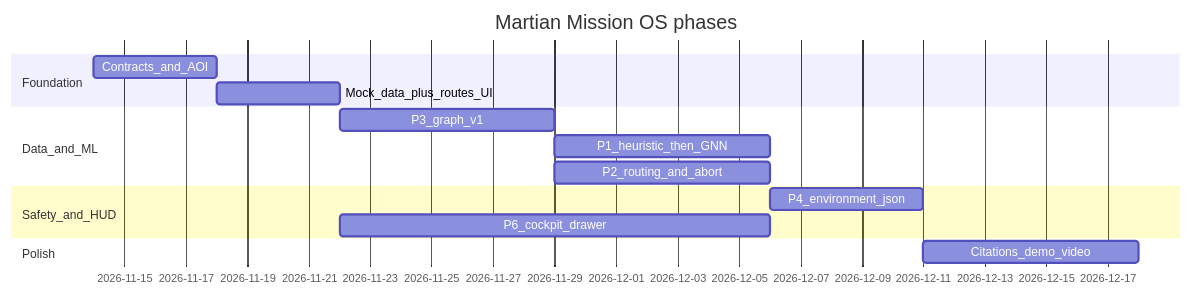
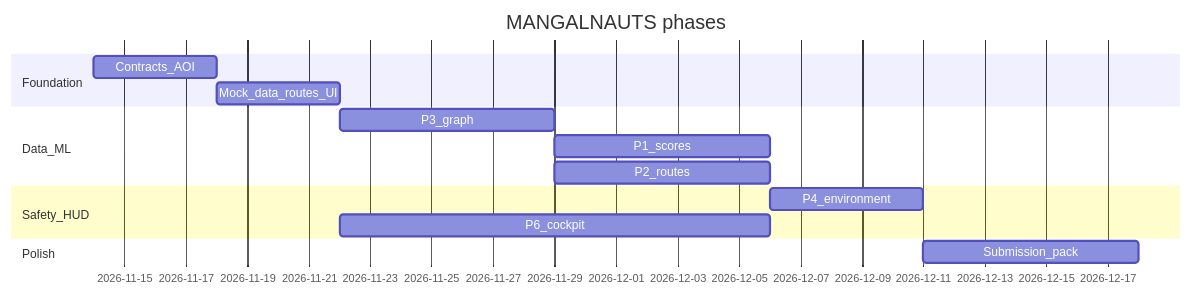
One commit to parthkarpe5-cmyk/MANGALNAUTS changed the second of 2 diagrams in plan.md. Above: the diagram before and after it, drawn with Mermaid. The commit also changed other lines of this file, not shown here.

````diff
--- a/plan.md
+++ b/plan.md
@@ -225,17 +254,17 @@
 ```mermaid
 gantt
-  title Martian Mission OS phases
+  title MANGALNAUTS phases
   dateFormat YYYY-MM-DD
   section Foundation
-  Contracts_and_AOI           :w1a, 2026-11-14, 4d
-  Mock_data_plus_routes_UI    :w1b, after w1a, 4d
-  section Data_and_ML
-  P3_graph_v1                 :w2a, after w1b, 7d
-  P1_heuristic_then_GNN       :w2b, after w2a, 7d
-  P2_routing_and_abort        :w2c, after w2a, 7d
-  section Safety_and_HUD
-  P4_environment_json         :w3a, after w2b, 5d
-  P6_cockpit_drawer           :w3b, after w1b, 14d
+  Contracts_AOI           :w1a, 2026-11-14, 4d
+  Mock_data_routes_UI    :w1b, after w1a, 4d
+  section Data_ML
+  P3_graph                :w2a, after w1b, 7d
+  P1_scores               :w2b, after w2a, 7d
+  P2_routes               :w2c, after w2a, 7d
+  section Safety_HUD
+  P4_environment          :w3a, after w2b, 5d
+  P6_cockpit              :w3b, after w1b, 14d
   section Polish
-  Citations_demo_video        :w4a, after w3a, 7d
+  Submission_pack         :w4a, after w3a, 7d
 ```
````
